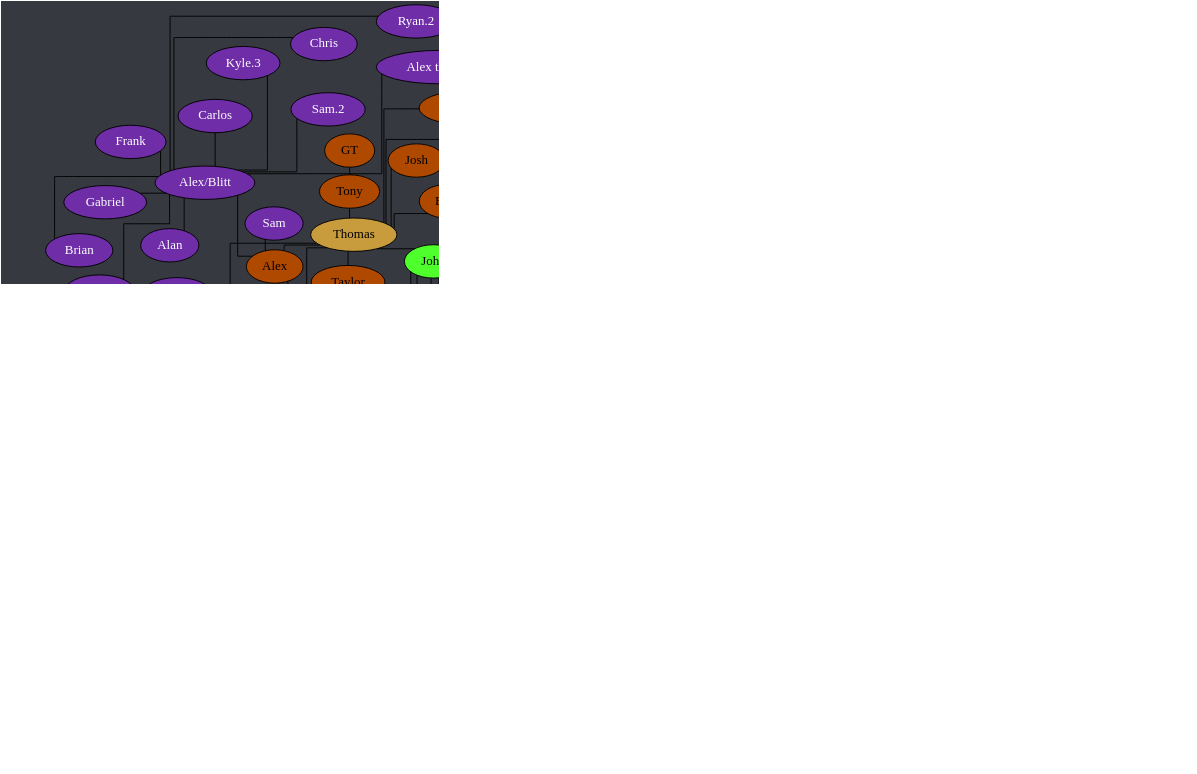
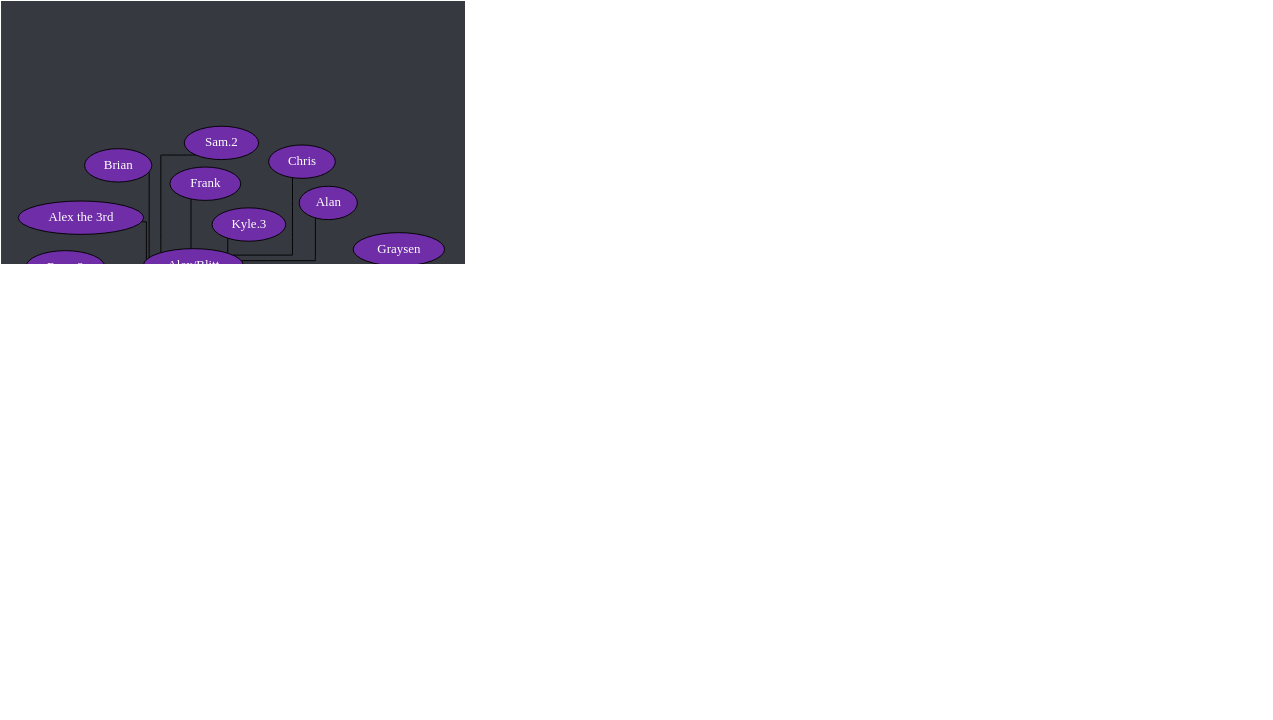
One commit to Documidas/CoronaCatzFamilyTree changed the diagram in tree.dot. Above: the diagram before and after it, drawn with Graphviz. The commit also changed 1 other file, not shown here.

Commit message:
Add Fitz

```diff
--- a/tree.dot
+++ b/tree.dot
@@ -1,172 +1,173 @@
 strict graph {
 	// Layout Configuration
 	layout = neato;
 	dpi = 200;
 	epsilon = 0.01;
 	mode = major;
 	model = subset;
 	overlap = false;
 	splines = ortho;
 	start = rand;
 
 	// Visual Configuration
 	graph [ truecolor=true bgcolor="#36393f" ];
 	node [ style=filled fillcolor="gray" fontcolor="black" ];
 
 	subgraph "Joel" {
 		node [ style=filled fillcolor="firebrick4" fontcolor="white" ];
 		Joel [ style=filled fillcolor="gold" fontcolor="black" ];
 
 		Cayla -- "Ali.2";
 		Cayla -- Jonathan;
 		Cayla -- Kate;
 		Cayla -- Ranger;
 		Joel -- Anders;
 		Joel -- Cayla;
 		Joel -- Conner;
 		Joel -- Jared;
 		Joel -- Kat;
 		Joel -- Patrick;
 		Joel -- Steven;
 		Joel -- Zach;
 	}
 
 	subgraph "Anders" {
 		node [ style=filled fillcolor="green4" fontcolor="white" ];
 		// Anders [ style=filled fillcolor="green4" fontcolor="white" ];
 
 		Anders -- Chiara;
 		Anders -- Cody;
 		Anders -- Daniel;
 		Anders -- "Derek/Yaupon";
 		Anders -- DJ;
 		Anders -- Hahnur;
 		Anders -- Jen;
 		Anders -- Matt;
 		Anders -- Solis;
 		Anders -- Will;
 		Anders -- Wyatt;
 	}
 
 	subgraph "Jared" {
 		node [ style=filled fillcolor="royalblue" fontcolor="black" ];
 		// Jared [ style=filled fillcolor="royalblue" fontcolor="black" ];
 
 		Andrew -- Hannah;
 		Dave -- Everett;
 		Donnie -- Bryan;
 		Donnie -- Troy;
 		Greg -- "Ali.1";
 		Greg -- Andrew;
 		Greg -- Carter;
 		Greg -- "John Boi";
 		Greg -- Tails;
 		Greg -- Tanyon;
 		Hannah -- Raana;
 		Jared -- Brandi;
 		Jared -- Dave;
 		Jared -- Donnie;
 		Jared -- Fabi;
 		Jared -- "Jack.2";
 		Jared -- Cole;
+		Jared -- Fitz;
 		Jared -- Kamon;
 		Jared -- Greg;
 		Jared -- Isabelle;
 		Jared -- Mason;
 		Jared -- Matt;
 		Jared -- Mehmet;
 		Jared -- Nam;
 		Jared -- Shannon;
 		Jared -- Spencer;
 		Jared -- Tyler;
 		Jared -- "Zach/Laniakea";
 		Jared -- "Zöe";
 		Troy -- Drake;
 		Tyler -- Gaby;
 		"Zöe" -- Jasper;
 	}
 
 	subgraph "Zach/Laniakea" {
 		node [ style=filled fillcolor="#4eff2c" fontcolor="black" ];
 		// "Zach/Laniakea" [ style=filled fillcolor="#4eff2c" fontcolor="black" ];
 
 		"Caio.2" -- "Kyle.1";
 		"Caio.2" -- Lucas;
 		Kuri -- Drew;
 		Kuri -- Jon;
 		Kuri -- Karma;
 		"Zach/Laniakea" -- Allen;
 		"Zach/Laniakea" -- "Caio.2";
 		"Zach/Laniakea" -- Colin;
 		"Zach/Laniakea" -- John;
 		"Zach/Laniakea" -- Logan;
 		"Zach/Laniakea" -- Kevin;
 		"Zach/Laniakea" -- Kuri;
 		"Zach/Laniakea" -- "Kyle.0";
 		"Zach/Laniakea" -- Mike;
 		"Zach/Laniakea" -- "Ryan.1";
 	}
 
 	subgraph "John" {
 		node [ style=filled fillcolor="#c89b3c" fontcolor="black" ];
 		// John [ style=filled fillcolor="#c89b3c" fontcolor="black" ];
 
 		Haber -- "Derek/Nomad";
 		John -- Anna;
 		John -- Emily;
 		John -- Haber;
 		John -- Jay;
 		John -- Jack;
 		John -- Lara;
 		John -- Monarch;
 		John -- "Oliger/Leanza";
 		John -- Thomas;
 	}
 
 	subgraph "John-stream" {
 		// node [ style=filled fillcolor="#9147ff" fontcolor="black" ];
 		node [ style=filled fillcolor="#c89b3c" fontcolor="black" ];
 
 		John -- "Michael/Wheezy";
 	}
 
 	subgraph "Thomas" {
 		node [ style=filled fillcolor="#b04900" fontcolor="black" ];
 		// Thomas [ style=filled fillcolor="#b04900" fontcolor="black" ];
 
 		Thomas -- Alex;
 		Thomas -- Bob;
 		Thomas -- JD;
 		Thomas -- Josh;
 		Thomas -- Juan;
 		Thomas -- Taylor;
 		Thomas -- Tony;
 		Thomas -- "Travis.1";
 		Thomas -- "Travis.2";
 		Tony -- GT;
 	}
 
 	subgraph "Alex" {
 		node [ style=filled fillcolor="#6f2da8" fontcolor="white" ];
 		// Alex [ style=filled fillcolor="#6f2da8" fontcolor="black" ];
 
 		Alex -- "Alex/Blitt";
 		Alex -- "Da'Von";
 		Alex -- Sam;
 		"Alex/Blitt" -- Alan;
 		"Alex/Blitt" -- "Alex the 3rd";
 		"Alex/Blitt" -- Brian;
 		"Alex/Blitt" -- Carlos;
 		"Alex/Blitt" -- Chris;
 		"Alex/Blitt" -- Frank;
 		"Alex/Blitt" -- Gabriel;
 		"Alex/Blitt" -- "Kyle.3";
 		"Alex/Blitt" -- Laske;
 		"Alex/Blitt" -- "Ryan.2";
 		"Alex/Blitt" -- "Sam.2";
 		"Da'Von" -- Dalton;
 		"Da'Von" -- Dalyn;
 		"Da'Von" -- Zeller;
 		Dalton -- Graysen;
 	}
 }
```
